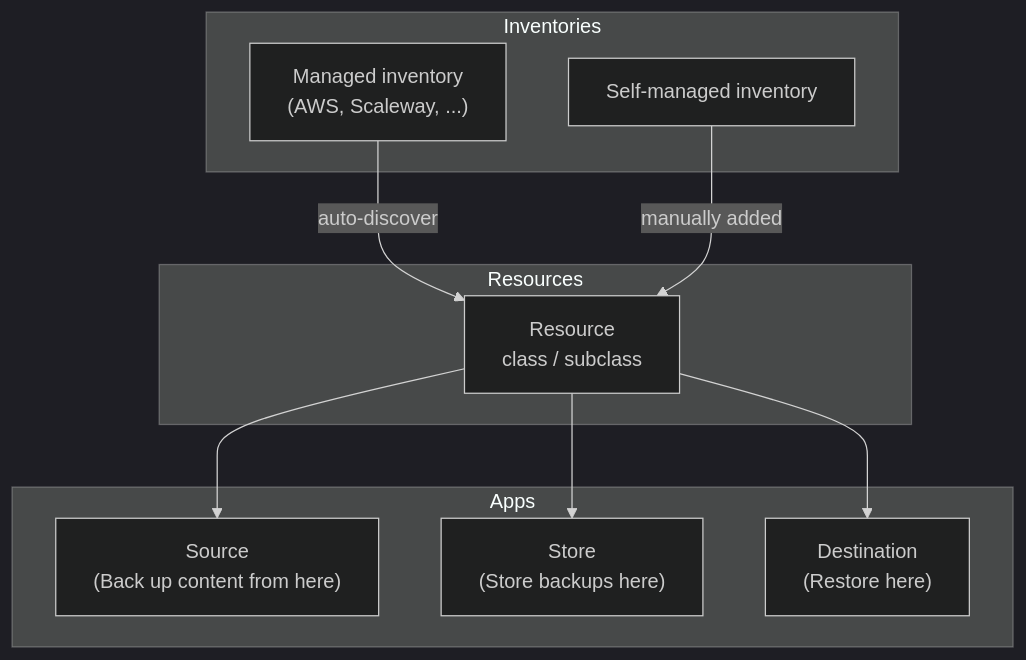
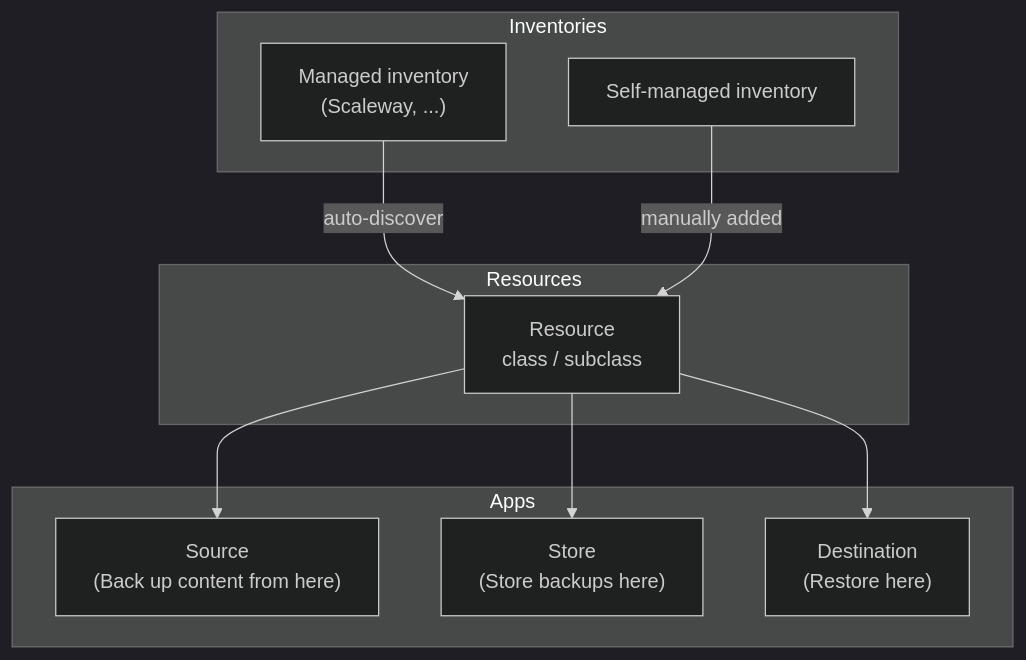
The diagram in docs/control-plane/resources/index.md (vcoisne/plakar.io), drawn with Mermaid (dark theme) before and after one commit. The commit also changed other lines of this file and 3659 other files, not shown here.

```diff
--- a/docs/control-plane/resources/index.md
+++ b/docs/control-plane/resources/index.md
@@ -11,21 +11,21 @@
 {{< mermaid >}}
 flowchart TB
   subgraph Inventories
-    Managed["Managed inventory\n(AWS, Scaleway, ...)"]
+    Managed["Managed inventory\n(Scaleway, ...)"]
     SelfManaged["Self-managed inventory"]
   end
 
   subgraph Resources
     R["Resource\nclass / subclass"]
   end
 
   subgraph Apps
     Source["Source\n(Back up content from here)"]
     Store["Store\n(Store backups here)"]
     Destination["Destination\n(Restore here)"]
   end
 
   Managed -->|"auto-discover"| R
   SelfManaged -->|"manually added"| R
   R --> Source & Store & Destination
 {{< /mermaid >}}
```
